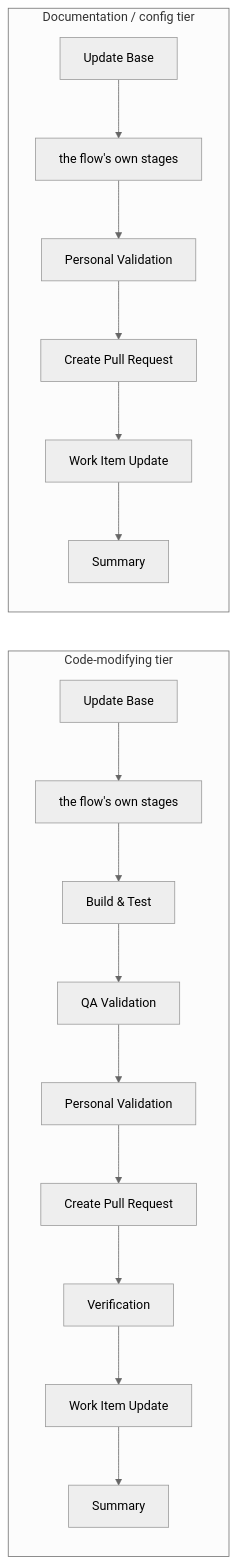
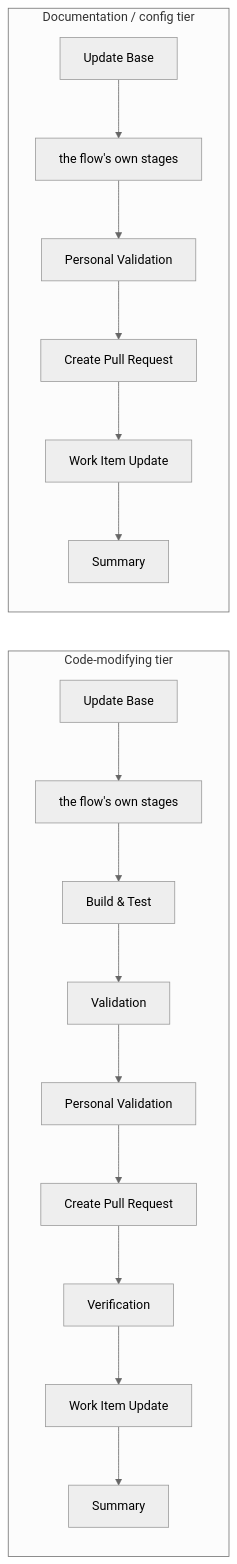
One commit to JSdotNet/devbook changed the second of 3 diagrams in .devbook/domain/delivery/flow.md. Above: the diagram before and after it, drawn with Mermaid (neutral theme). The commit also changed other lines of this file and 37 other files, not shown here.

````diff
--- a/.devbook/domain/delivery/flow.md
+++ b/.devbook/domain/delivery/flow.md
@@ -66,23 +66,23 @@
 ```mermaid
 flowchart LR
     subgraph code["Code-modifying tier"]
         direction TB
         c1["Update Base"] --> c2["the flow's own stages"]
         c2 --> c3["Build & Test"]
-        c3 --> c4["QA Validation"]
+        c3 --> c4["Validation"]
         c4 --> c5["Personal Validation"]
         c5 --> c6["Create Pull Request"]
         c6 --> c7["Verification"]
         c7 --> c8["Work Item Update"]
         c8 --> c9["Summary"]
     end
 
     subgraph docs["Documentation / config tier"]
         direction TB
         d1["Update Base"] --> d2["the flow's own stages"]
         d2 --> d5["Personal Validation"]
         d5 --> d6["Create Pull Request"]
         d6 --> d8["Work Item Update"]
         d8 --> d9["Summary"]
     end
 ```
````
